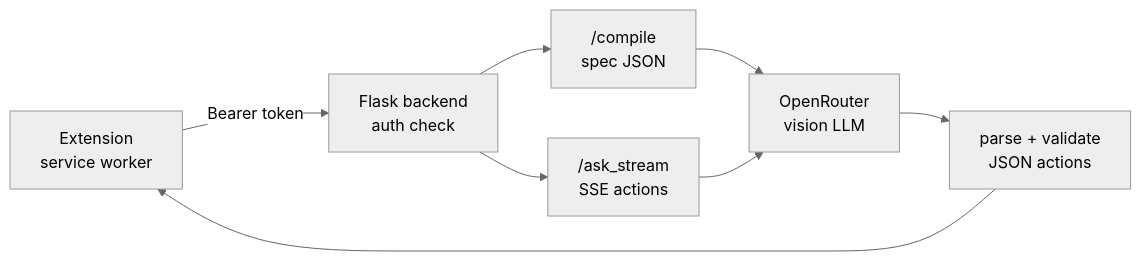
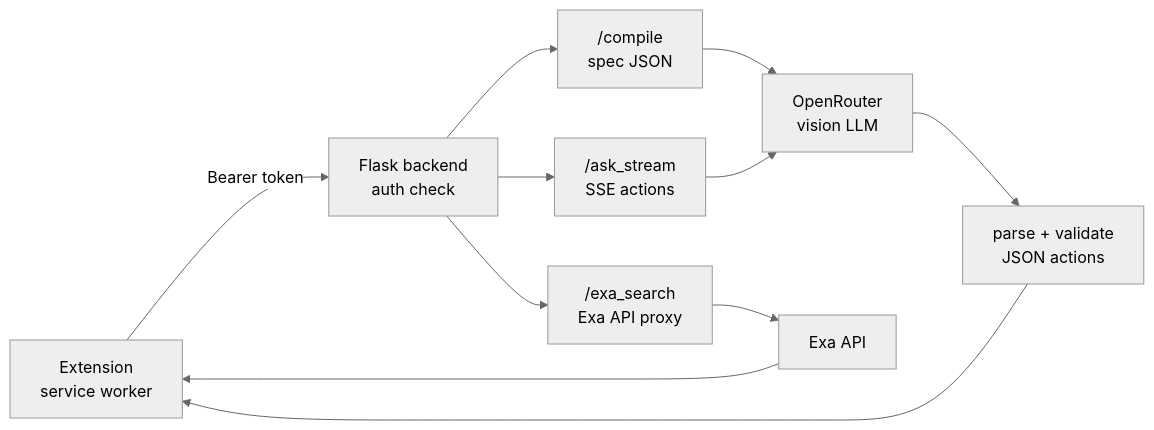
The fourth of 6 diagrams in README.md (namishh/cleo), drawn with Mermaid (neutral theme) before and after one commit. The commit also changed other lines of this file and 6 other files, not shown here.

````diff
--- a/README.md
+++ b/README.md
@@ -248,10 +264,13 @@
 ```mermaid
 flowchart LR
     Ext["Extension<br/>service worker"] -->|Bearer token| Auth["Flask backend<br/>auth check"]
     Auth --> Compile["/compile<br/>spec JSON"]
     Auth --> Ask["/ask_stream<br/>SSE actions"]
+    Auth --> ExaEP["/exa_search<br/>Exa API proxy"]
     Compile --> OR["OpenRouter<br/>vision LLM"]
     Ask --> OR
+    ExaEP --> ExaAPI["Exa API"]
     OR --> Parse["parse + validate<br/>JSON actions"]
     Parse --> Ext
+    ExaAPI --> Ext
 ```
````
